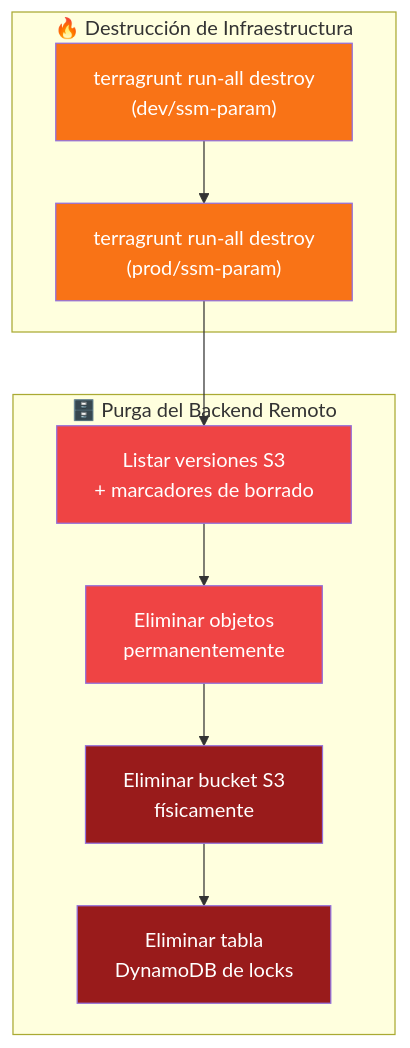
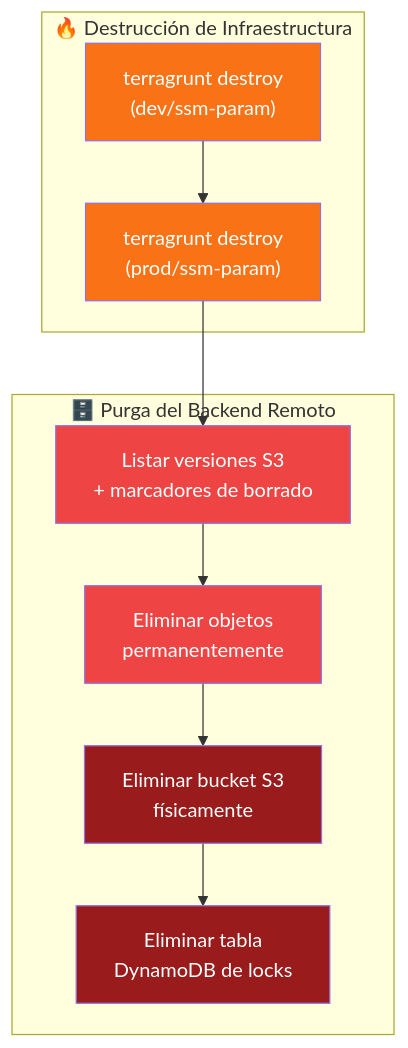
The sixth of 8 diagrams in Fase2/iac-mastery_4/RUNBOOK.md (jgaragorry/sre-linux-mastery), drawn with Mermaid before and after one commit. The commit also changed other lines of this file, not shown here.

````diff
--- a/Fase2/iac-mastery_4/RUNBOOK.md
+++ b/Fase2/iac-mastery_4/RUNBOOK.md
@@ -384,19 +384,19 @@
 ```mermaid
 flowchart TD
     subgraph Destroy["🔥 Destrucción de Infraestructura"]
-        A["terragrunt run-all destroy<br/>(dev/ssm-param)"] --> B["terragrunt run-all destroy<br/>(prod/ssm-param)"]
+        A["terragrunt destroy<br/>(dev/ssm-param)"] --> B["terragrunt destroy<br/>(prod/ssm-param)"]
     end
     subgraph Backend["🗄️ Purga del Backend Remoto"]
         C["Listar versiones S3<br/>+ marcadores de borrado"] --> D["Eliminar objetos<br/>permanentemente"]
         D --> E["Eliminar bucket S3<br/>físicamente"]
         E --> F["Eliminar tabla<br/>DynamoDB de locks"]
     end
     B --> C
 
     style A fill:#F97316,color:#fff
     style B fill:#F97316,color:#fff
     style C fill:#EF4444,color:#fff
     style D fill:#EF4444,color:#fff
     style E fill:#991B1B,color:#fff
     style F fill:#991B1B,color:#fff
 ```
````
